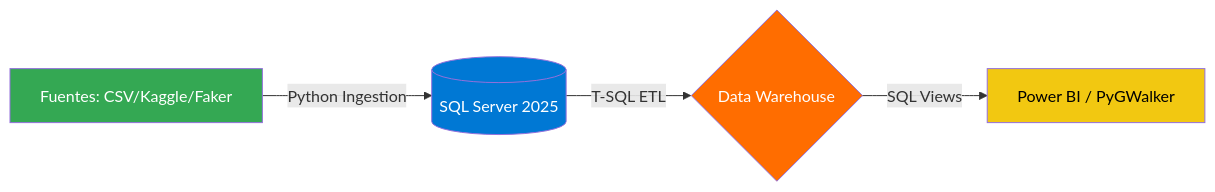
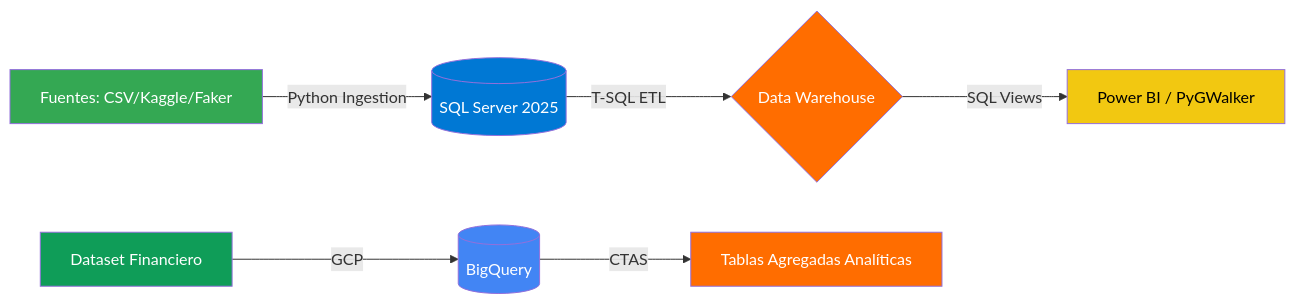
One commit to dzib/Portafolio-Alberto changed the first of 2 diagrams in README.md. Above: the diagram before and after it, drawn with Mermaid. The commit also changed other lines of this file, not shown here.

Commit message:
docs: estandariza P5_BigQuery_Fintech en todas las secciones del README

````diff
--- a/README.md
+++ b/README.md
@@ -73,10 +73,15 @@
 ```mermaid
 graph LR
     A[Fuentes: CSV/Kaggle/Faker] -- Python Ingestion --> B[(SQL Server 2025)]
     B -- T-SQL ETL --> C{Data Warehouse}
     C -- SQL Views --> D[Power BI / PyGWalker]
+    E[Dataset Financiero] -- GCP --> F[(BigQuery)]
+    F -- CTAS --> G[Tablas Agregadas Analíticas]
     style A fill:#34A853,color:#fff
     style B fill:#0078D4,color:#fff
     style C fill:#FF6D00,color:#fff
     style D fill:#F2C811,color:#000
+    style E fill:#0f9d58,color:#fff
+    style F fill:#4285f4,color:#fff
+    style G fill:#FF6D00,color:#fff
 ```
````
